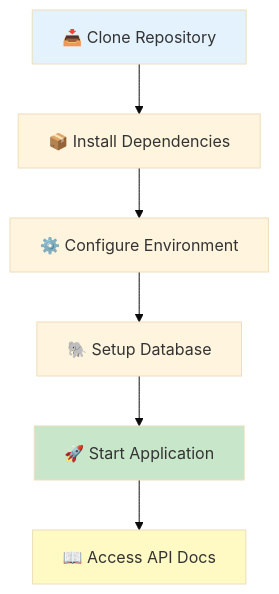
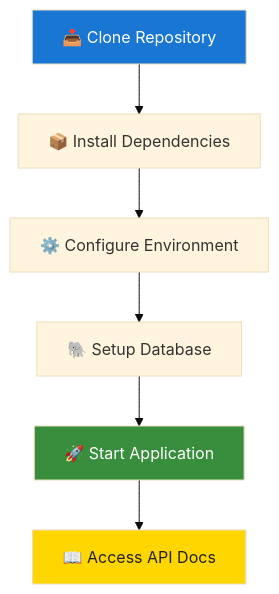
One commit to ashrith-devison/sangrah changed the first of 3 diagrams in server/README.md. Above: the diagram before and after it, drawn with Mermaid (base theme). The commit also changed other lines of this file, not shown here.

````diff
--- a/server/README.md
+++ b/server/README.md
@@ -96,12 +96,12 @@
 ```mermaid
 flowchart TD
     A[📥 Clone Repository] --> B[📦 Install Dependencies]
     B --> C[⚙️ Configure Environment]
     C --> D[🐘 Setup Database]
     D --> E[🚀 Start Application]
     E --> F[📖 Access API Docs]
 
-    style A fill:#e3f2fd
-    style E fill:#c8e6c9
-    style F fill:#fff9c4
+  style A fill:#1976d2,color:#fff
+  style E fill:#388e3c,color:#fff
+  style F fill:#ffd600,color:#222
 ```
````
